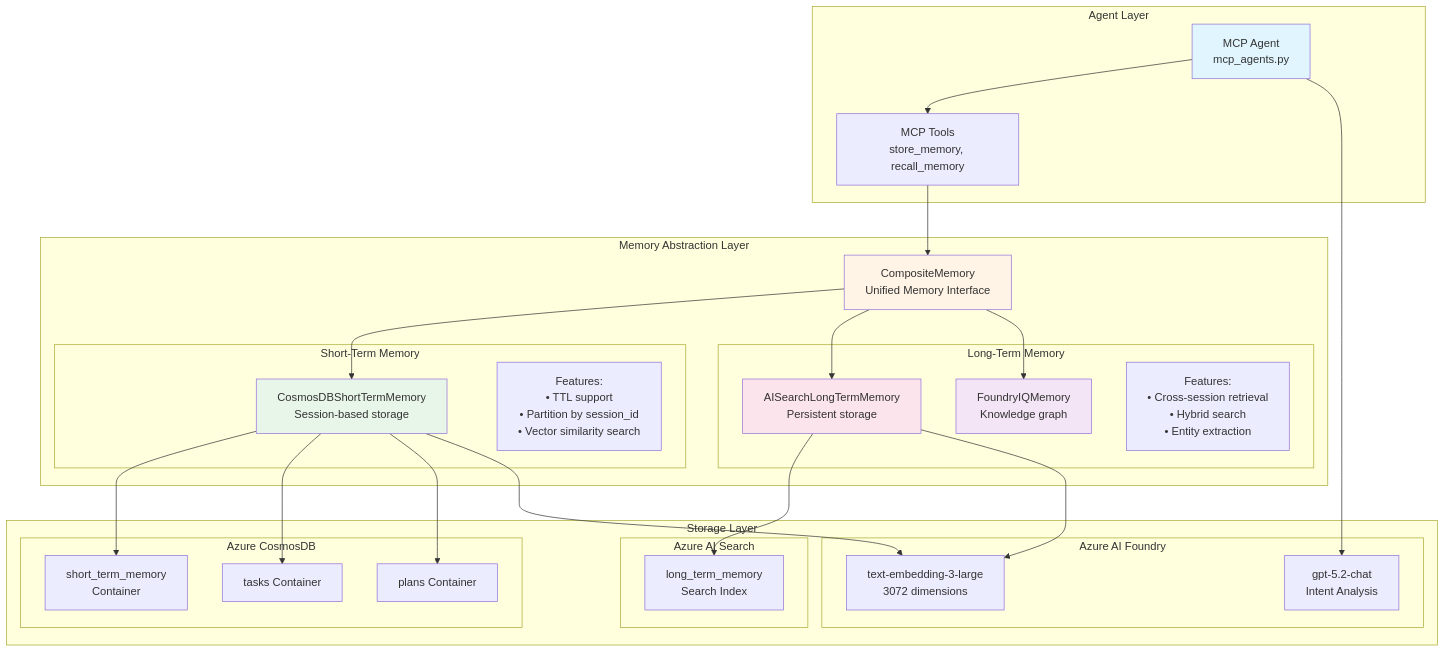
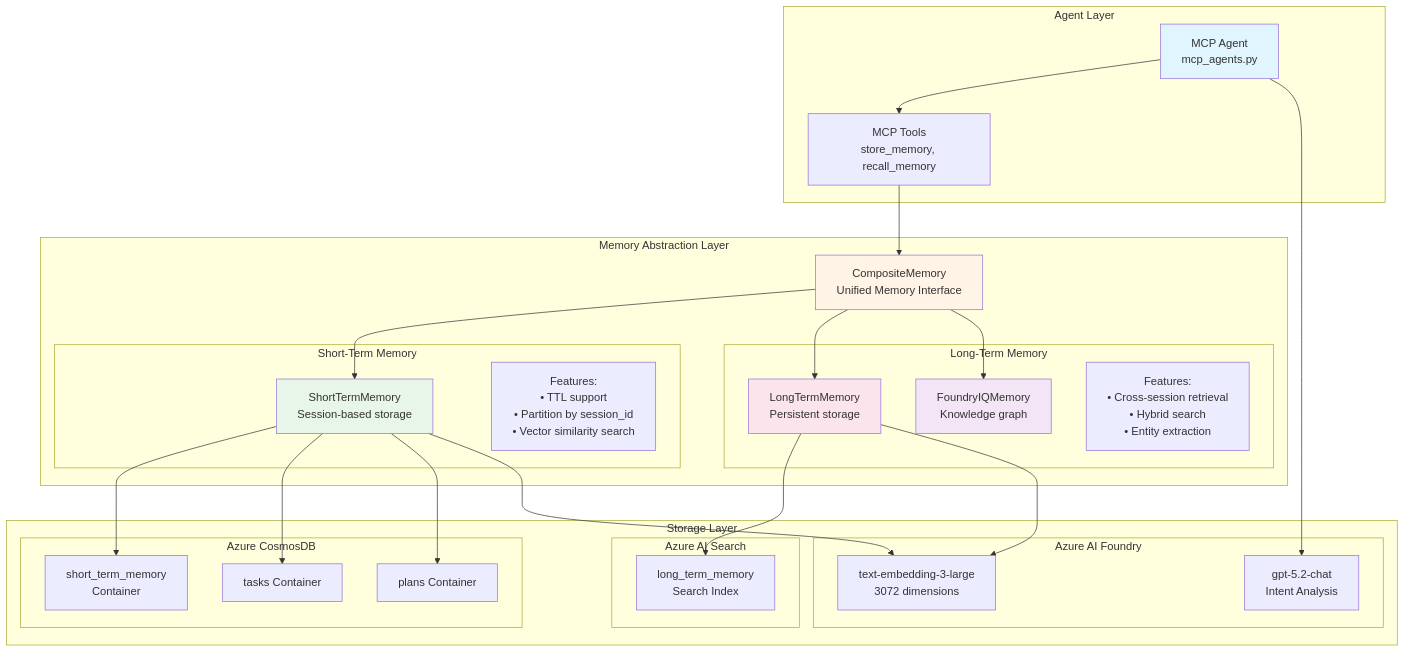
The third of 10 diagrams in docs/ARCHITECTURE.md (CloudLabsAI-Azure/apim-mcp-aks), drawn with Mermaid before and after one commit. The commit also changed 18 other files, not shown here.

````diff
--- a/docs/ARCHITECTURE.md
+++ b/docs/ARCHITECTURE.md
@@ -204,61 +204,61 @@
 ```mermaid
 graph TB
     subgraph "Agent Layer"
         Agent[MCP Agent<br/>mcp_agents.py]
         Tools[MCP Tools<br/>store_memory, recall_memory]
     end
 
     subgraph "Memory Abstraction Layer"
         CompositeMemory[CompositeMemory<br/>Unified Memory Interface]
         
         subgraph "Short-Term Memory"
-            CosmosMemory[CosmosDBShortTermMemory<br/>Session-based storage]
+            CosmosMemory[ShortTermMemory<br/>Session-based storage]
             STMFeatures[Features:<br/>• TTL support<br/>• Partition by session_id<br/>• Vector similarity search]
         end
         
         subgraph "Long-Term Memory"
-            AISearchMemory[AISearchLongTermMemory<br/>Persistent storage]
+            AISearchMemory[LongTermMemory<br/>Persistent storage]
             FoundryIQ[FoundryIQMemory<br/>Knowledge graph]
             LTMFeatures[Features:<br/>• Cross-session retrieval<br/>• Hybrid search<br/>• Entity extraction]
         end
     end
 
     subgraph "Storage Layer"
         subgraph "Azure CosmosDB"
             ShortTermContainer[short_term_memory<br/>Container]
             TasksContainer[tasks Container]
             PlansContainer[plans Container]
         end
         
         subgraph "Azure AI Search"
             SearchIndex[long_term_memory<br/>Search Index]
         end
         
         subgraph "Azure AI Foundry"
             EmbeddingModel[text-embedding-3-large<br/>3072 dimensions]
             ChatModel[gpt-5.2-chat<br/>Intent Analysis]
         end
     end
 
     Agent --> Tools
     Tools --> CompositeMemory
     CompositeMemory --> CosmosMemory
     CompositeMemory --> AISearchMemory
     CompositeMemory --> FoundryIQ
     
     CosmosMemory --> ShortTermContainer
     CosmosMemory --> TasksContainer
     CosmosMemory --> PlansContainer
     
     AISearchMemory --> SearchIndex
     
     CosmosMemory --> EmbeddingModel
     AISearchMemory --> EmbeddingModel
     Agent --> ChatModel
 
     style Agent fill:#e1f5ff
     style CompositeMemory fill:#fff4e6
     style CosmosMemory fill:#e8f5e9
     style AISearchMemory fill:#fce4ec
     style FoundryIQ fill:#f3e5f5
 ```
````
